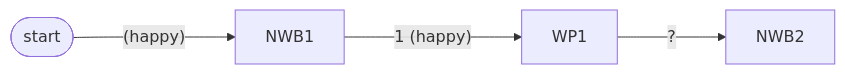
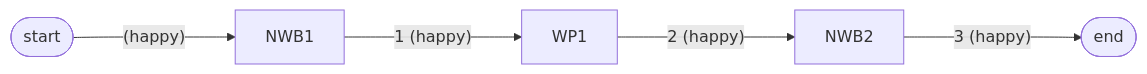
Before and after one commit to flowdev/comb: the second of 6 diagrams in error_handling.md, drawn with Mermaid. The commit also changed other lines of this file, not shown here.

Commit message:
Use no markdown in flow graphs for better results.

````diff
--- a/error_handling.md
+++ b/error_handling.md
@@ -188,4 +188,4 @@
 ```mermaid
 flowchart LR
-  st(["`start`"])--->|"`(happy)`"|p1["`NWB1`"]--->|"`1 (happy)`"|p2["`WP1`"]--->|?|p3["`NWB2`"]
+  a([start])--->|"(happy)"|NWB1--->|"1 (happy)"|WP1--->|"2 (happy)"|NWB2--->|"3 (happy)"|b([end])
 ```
````
